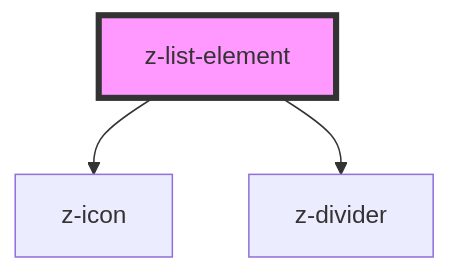
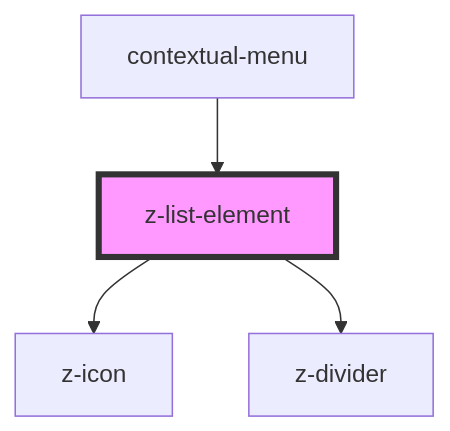
The diagram in src/components/list/z-list-element/readme.md (ZanichelliEditore/design-system), drawn with Mermaid before and after one commit. The commit also changed other lines of this file and 9 other files, not shown here.

Commit message:
feat(CLAV-43): add action to z-list-element

````diff
--- a/src/components/list/z-list-element/readme.md
+++ b/src/components/list/z-list-element/readme.md
@@ -30,6 +35,7 @@
 ```mermaid
 graph TD;
   z-list-element --> z-icon
   z-list-element --> z-divider
+  contextual-menu --> z-list-element
   style z-list-element fill:#f9f,stroke:#333,stroke-width:4px
 ```
````
